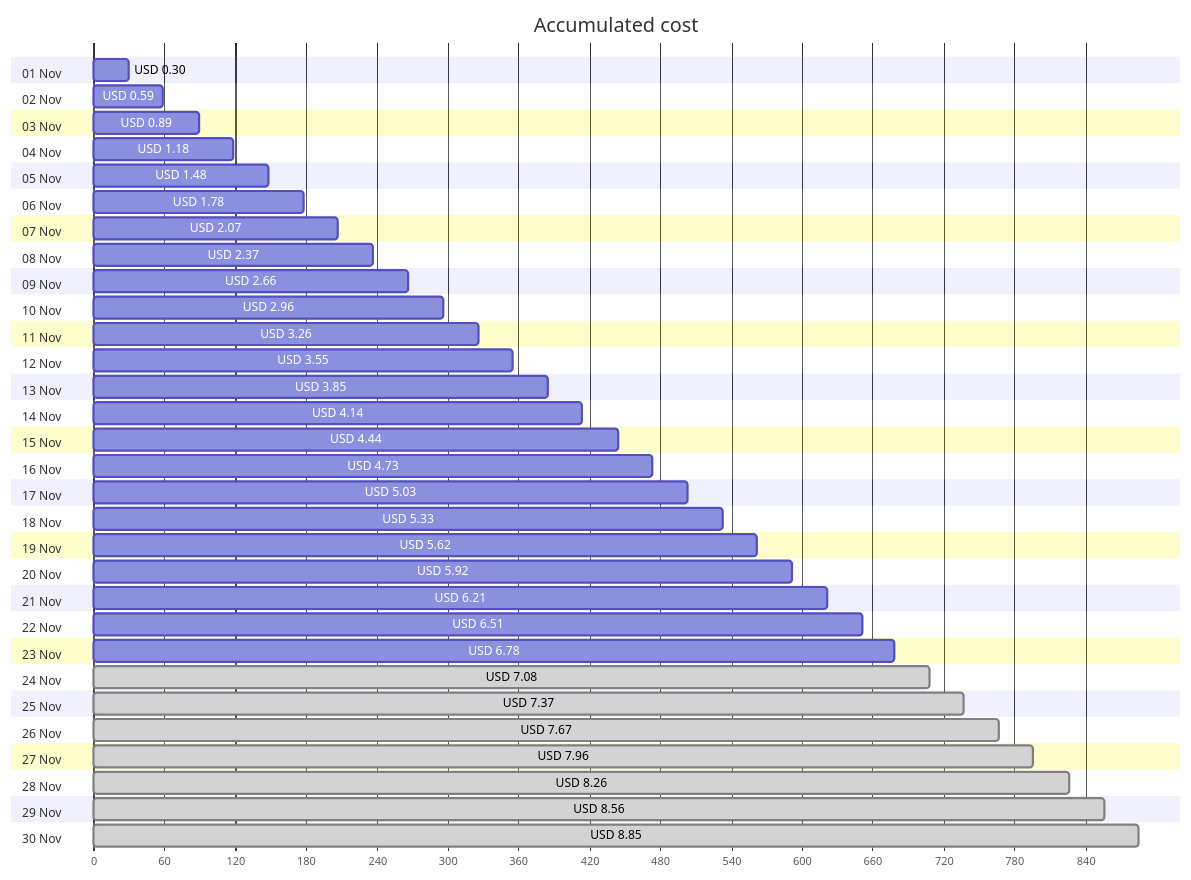
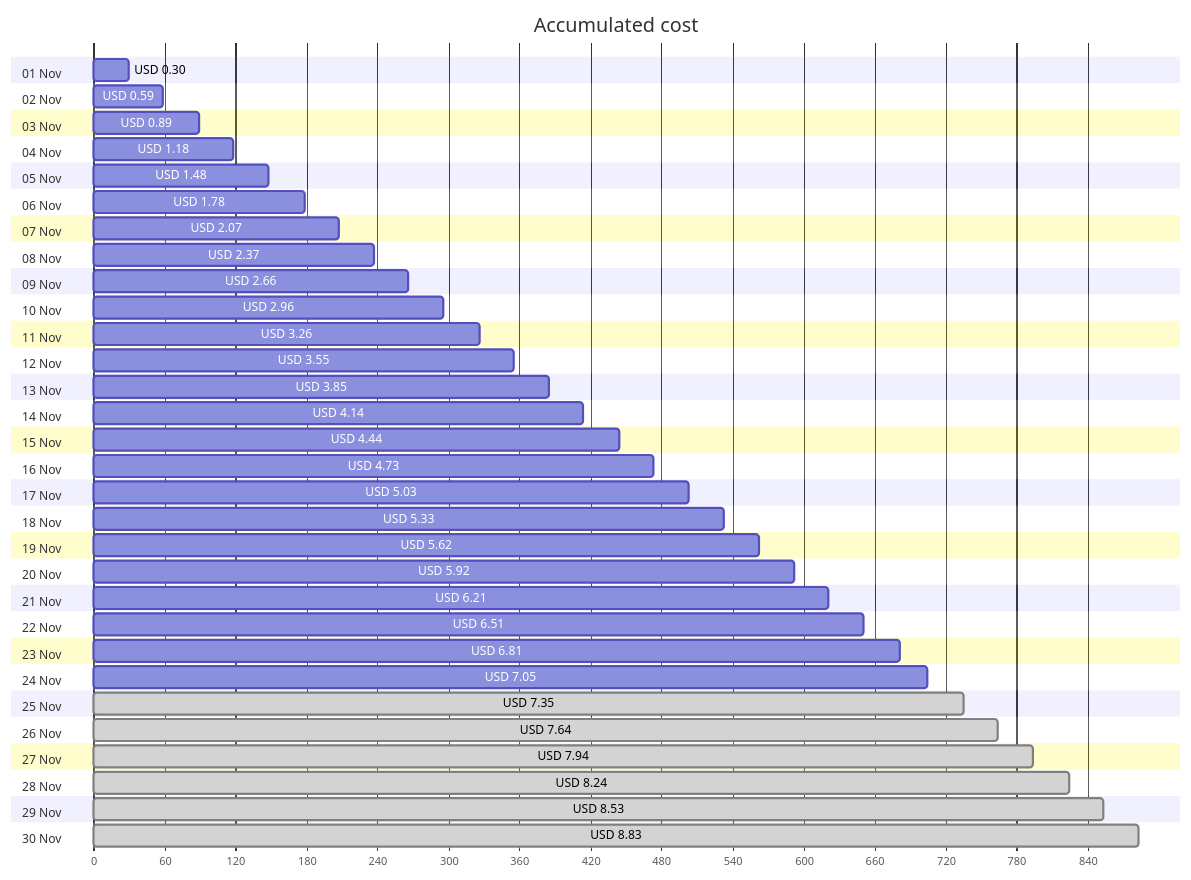
The first of 4 diagrams in cost-reports/personal-site/personal-site-preview.md (jpfulton/azure-personal-reports), drawn with Mermaid before and after one commit. The commit also changed other lines of this file and 6 other files, not shown here.

````diff
--- a/cost-reports/personal-site/personal-site-preview.md
+++ b/cost-reports/personal-site/personal-site-preview.md
@@ -20,66 +20,66 @@
 ```mermaid
 gantt
    title Accumulated cost
    dateFormat  X
    axisFormat %s
    section 01 Nov
    USD 0.30 :0, 30
    section 02 Nov
    USD 0.59 :0, 59
    section 03 Nov
    USD 0.89 :0, 89
    section 04 Nov
    USD 1.18 :0, 118
    section 05 Nov
    USD 1.48 :0, 148
    section 06 Nov
    USD 1.78 :0, 178
    section 07 Nov
    USD 2.07 :0, 207
    section 08 Nov
    USD 2.37 :0, 237
    section 09 Nov
    USD 2.66 :0, 266
    section 10 Nov
    USD 2.96 :0, 296
    section 11 Nov
    USD 3.26 :0, 326
    section 12 Nov
    USD 3.55 :0, 355
    section 13 Nov
    USD 3.85 :0, 385
    section 14 Nov
    USD 4.14 :0, 414
    section 15 Nov
    USD 4.44 :0, 444
    section 16 Nov
    USD 4.73 :0, 473
    section 17 Nov
    USD 5.03 :0, 503
    section 18 Nov
    USD 5.33 :0, 533
    section 19 Nov
    USD 5.62 :0, 562
    section 20 Nov
    USD 5.92 :0, 592
    section 21 Nov
    USD 6.21 :0, 621
    section 22 Nov
    USD 6.51 :0, 651
    section 23 Nov
-   USD 6.78 :0, 678
+   USD 6.81 :0, 681
    section 24 Nov
-   USD 7.08 : done, 0, 708
+   USD 7.05 :0, 705
    section 25 Nov
-   USD 7.37 : done, 0, 737
+   USD 7.35 : done, 0, 735
    section 26 Nov
-   USD 7.67 : done, 0, 767
+   USD 7.64 : done, 0, 764
    section 27 Nov
-   USD 7.96 : done, 0, 796
+   USD 7.94 : done, 0, 794
    section 28 Nov
-   USD 8.26 : done, 0, 826
+   USD 8.24 : done, 0, 824
    section 29 Nov
-   USD 8.56 : done, 0, 856
+   USD 8.53 : done, 0, 853
    section 30 Nov
-   USD 8.85 : done, 0, 885
+   USD 8.83 : done, 0, 883
 ```
````
